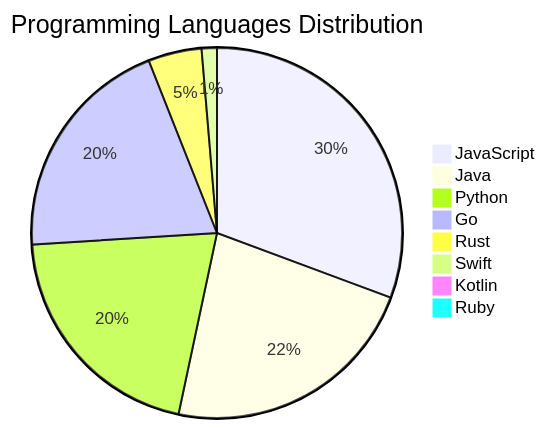
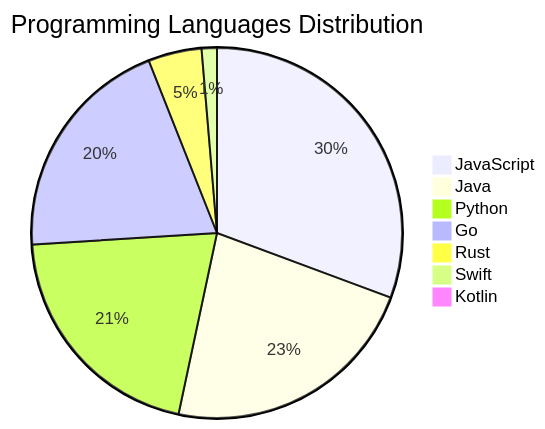
Before and after one commit to Derrick-MUGISHA/github-activity-bot: the diagram in README.md, drawn with Mermaid. The commit also changed other lines of this file and 4 other files, not shown here.

````diff
--- a/README.md
+++ b/README.md
@@ -208,11 +207,10 @@
 ```mermaid
 pie title Programming Languages Distribution
     "JavaScript" : 46
     "Java" : 34
     "Python" : 31
     "Go" : 30
     "Rust" : 7
     "Swift" : 2
     "Kotlin" : 1
-    "Ruby" : 1
 ```
````
